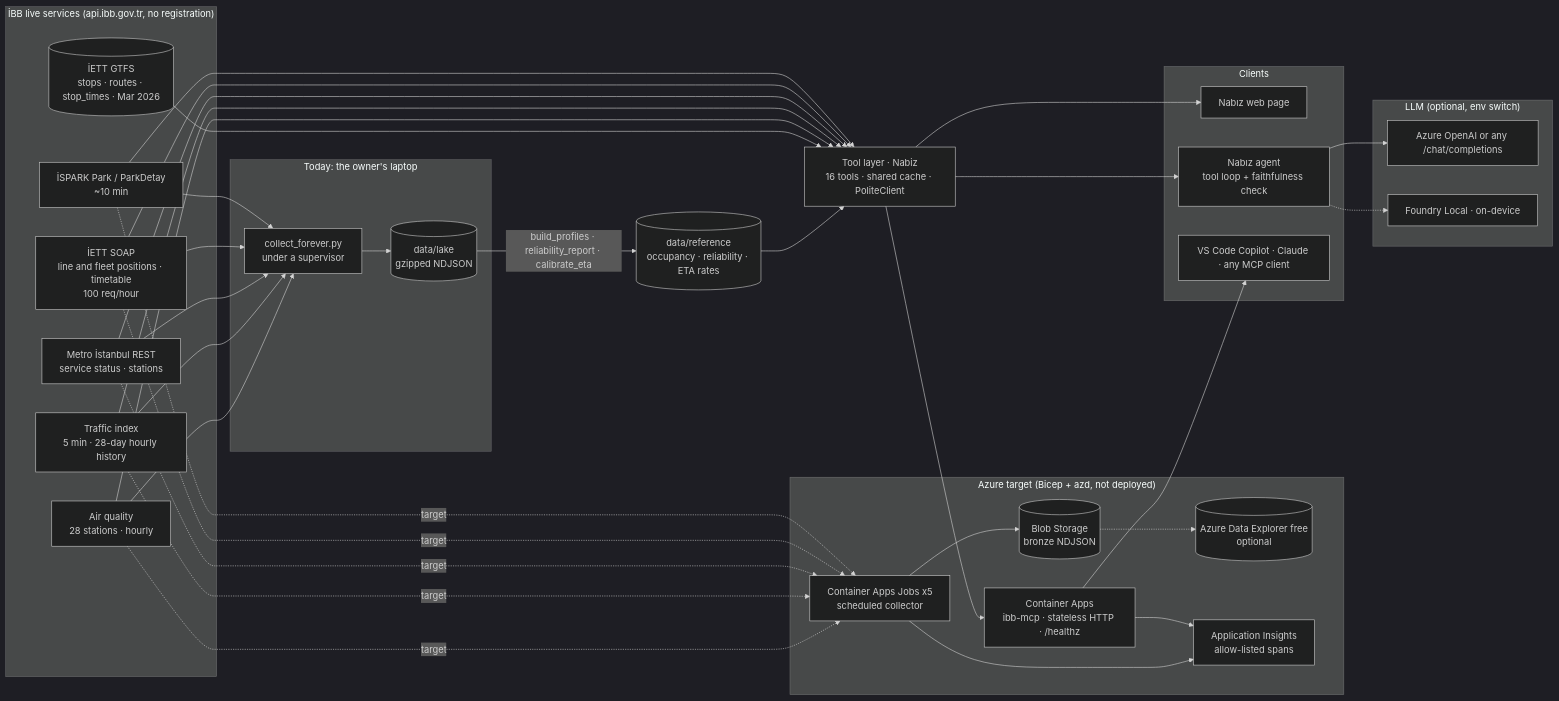
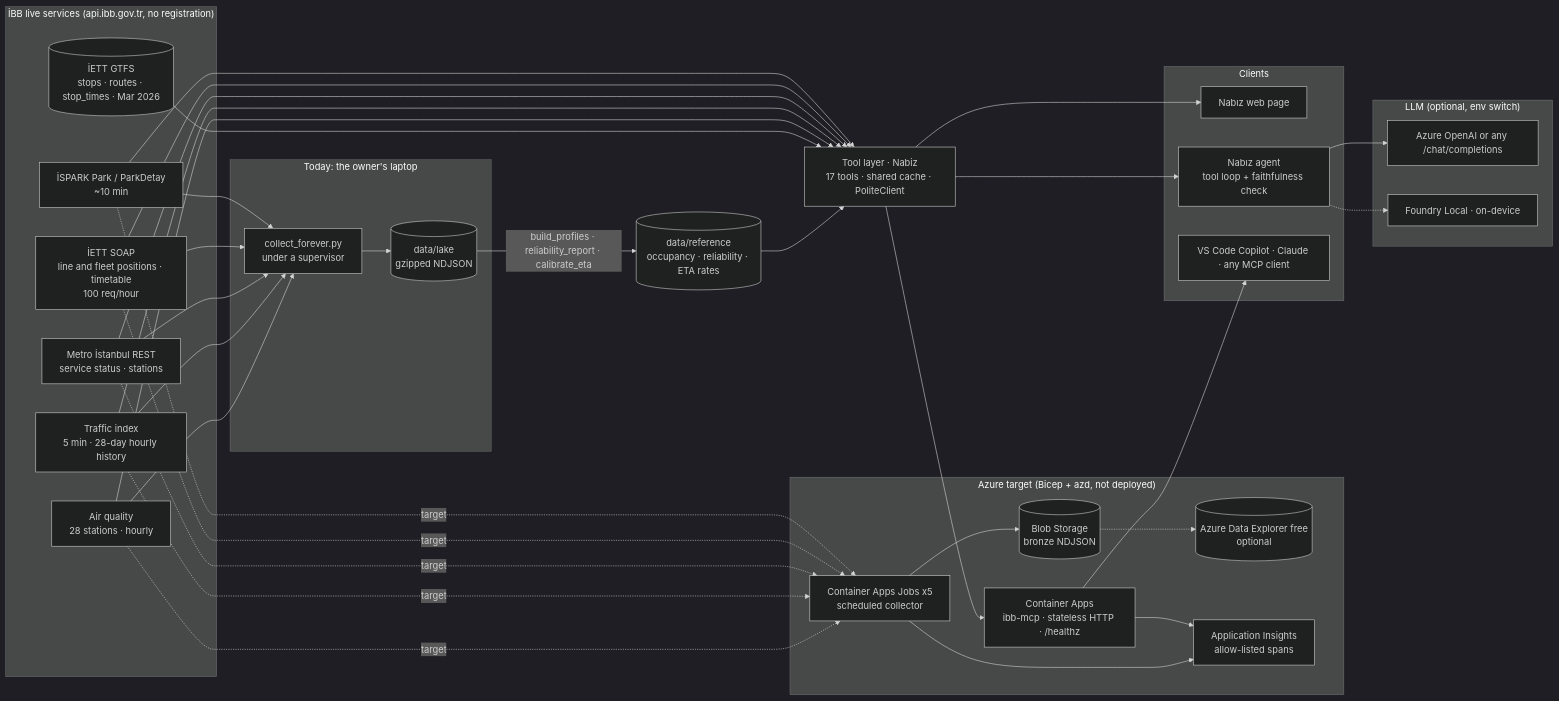
One commit to muratcan-ates/istanbul-nabiz changed the diagram in README.md. Above: the diagram before and after it, drawn with Mermaid (dark theme). The commit also changed other lines of this file and 11 other files, not shown here.

````diff
--- a/README.md
+++ b/README.md
@@ -84,45 +84,45 @@
 ```mermaid
 flowchart LR
   subgraph IBB["İBB live services (api.ibb.gov.tr, no registration)"]
     P[İSPARK Park / ParkDetay<br/>~10 min]
     B[İETT SOAP<br/>line and fleet positions · timetable<br/>100 req/hour]
     G[(İETT GTFS<br/>stops · routes · stop_times · Mar 2026)]
     M[Metro İstanbul REST<br/>service status · stations]
     T[Traffic index<br/>5 min · 28-day hourly history]
     AQ[Air quality<br/>28 stations · hourly]
   end
   subgraph NOW["Today: the owner's laptop"]
     LC[collect_forever.py<br/>under a supervisor]
     LL[(data/lake<br/>gzipped NDJSON)]
   end
   subgraph AZ["Azure target (Bicep + azd, not deployed)"]
     J[Container Apps Jobs x5<br/>scheduled collector]
     BL[(Blob Storage<br/>bronze NDJSON)]
     K[(Azure Data Explorer free<br/>optional)]
     MCP[Container Apps<br/>ibb-mcp · stateless HTTP · /healthz]
     AI[Application Insights<br/>allow-listed spans]
   end
   REF[(data/reference<br/>occupancy · reliability · ETA rates)]
-  TL[Tool layer · Nabiz<br/>16 tools · shared cache · PoliteClient]
+  TL[Tool layer · Nabiz<br/>17 tools · shared cache · PoliteClient]
   subgraph CL["Clients"]
     WEB[Nabız web page]
     AG[Nabız agent<br/>tool loop + faithfulness check]
     VS[VS Code Copilot · Claude · any MCP client]
   end
   subgraph LLM["LLM (optional, env switch)"]
     AO[Azure OpenAI or any /chat/completions]
     FL[Foundry Local · on-device]
   end
   P & B & M & T & AQ --> LC --> LL
   P & B & M & T & AQ -. target .-> J --> BL -.-> K
   LL -->|build_profiles · reliability_report · calibrate_eta| REF
   P & B & M & T & AQ --> TL
   G --> TL
   REF --> TL
   TL --> MCP --> VS
   TL --> WEB
   TL --> AG
   AG --> AO
   AG -.-> FL
   MCP & J --> AI
 ```
````
